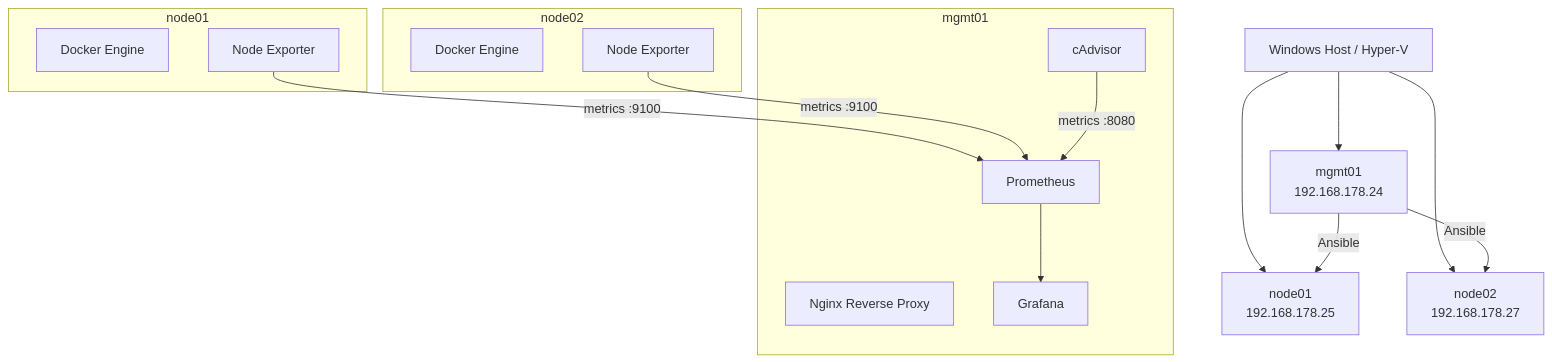
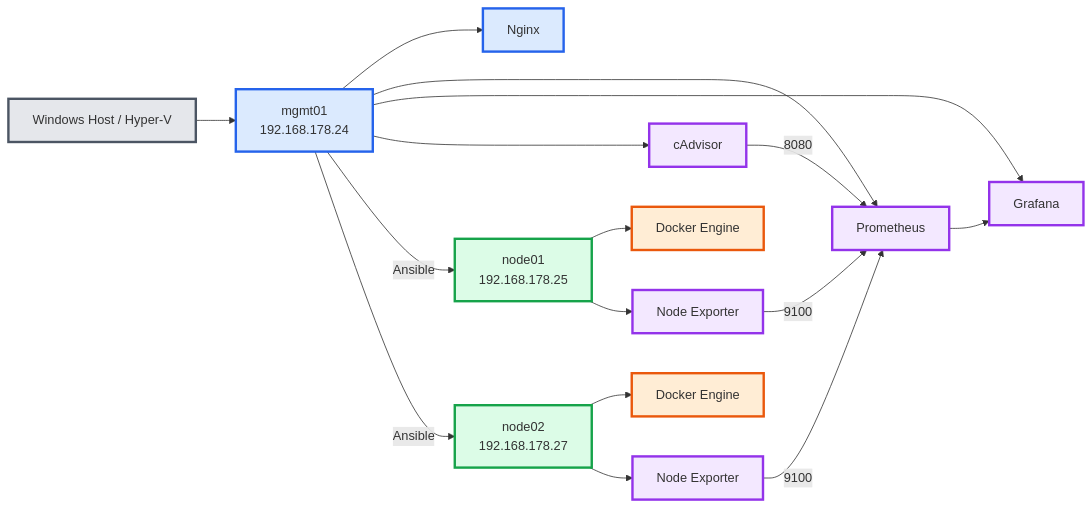
Before and after one commit to k0r4y/homelab: the diagram in docs/README.md, drawn with Mermaid.

Commit message:
docs:update README diagram for better readability

````diff
--- a/docs/README.md
+++ b/docs/README.md
@@ -73,33 +72,65 @@
 ```mermaid
-graph TD
-    A[Windows Host / Hyper-V]
+graph LR
 
-    A --> B[mgmt01<br/>192.168.178.24]
-    A --> C[node01<br/>192.168.178.25]
-    A --> D[node02<br/>192.168.178.27]
+    A["Windows Host / Hyper-V"]
 
-    B --> |Ansible| C
-    B --> |Ansible| D
+    B["mgmt01<br>192.168.178.24"]
 
-    subgraph mgmt01
-        B1[Nginx Reverse Proxy]
-        B2[Prometheus]
-        B3[Grafana]
-        B4[cAdvisor]
-    end
+    N1["node01<br>192.168.178.25"]
+    N2["node02<br>192.168.178.27"]
 
-    subgraph node01
-        C1[Docker Engine]
-        C2[Node Exporter]
-    end
+    NG["Nginx"]
+    PR["Prometheus"]
+    GF["Grafana"]
+    CA["cAdvisor"]
 
-    subgraph node02
-        D1[Docker Engine]
-        D2[Node Exporter]
-    end
+    DE1["Docker Engine"]
+    DE2["Docker Engine"]
 
-    C2 -->|metrics :9100| B2
-    D2 -->|metrics :9100| B2
-    B4 -->|metrics :8080| B2
-    B2 --> B3
+    NE1["Node Exporter"]
+    NE2["Node Exporter"]
+
+    A --> B
+
+    B --> NG
+    B --> PR
+    B --> GF
+    B --> CA
+
+    B -->|Ansible| N1
+    B -->|Ansible| N2
+
+    N1 --> DE1
+    N1 --> NE1
+
+    N2 --> DE2
+    N2 --> NE2
+
+    NE1 -->|9100| PR
+    NE2 -->|9100| PR
+    CA -->|8080| PR
+
+    PR --> GF
+
+    %% Infrastructure
+    style A fill:#E5E7EB,stroke:#4B5563,stroke-width:3px
+
+    %% Management
+    style B fill:#DBEAFE,stroke:#2563EB,stroke-width:3px
+    style NG fill:#DBEAFE,stroke:#2563EB,stroke-width:3px
+
+    %% Worker Nodes
+    style N1 fill:#DCFCE7,stroke:#16A34A,stroke-width:3px
+    style N2 fill:#DCFCE7,stroke:#16A34A,stroke-width:3px
+
+    %% Container Runtime
+    style DE1 fill:#FFEDD5,stroke:#EA580C,stroke-width:3px
+    style DE2 fill:#FFEDD5,stroke:#EA580C,stroke-width:3px
+
+    %% Monitoring Stack
+    style PR fill:#F3E8FF,stroke:#9333EA,stroke-width:3px
+    style GF fill:#F3E8FF,stroke:#9333EA,stroke-width:3px
+    style CA fill:#F3E8FF,stroke:#9333EA,stroke-width:3px
+    style NE1 fill:#F3E8FF,stroke:#9333EA,stroke-width:3px
+    style NE2 fill:#F3E8FF,stroke:#9333EA,stroke-width:3px
 ```
````
